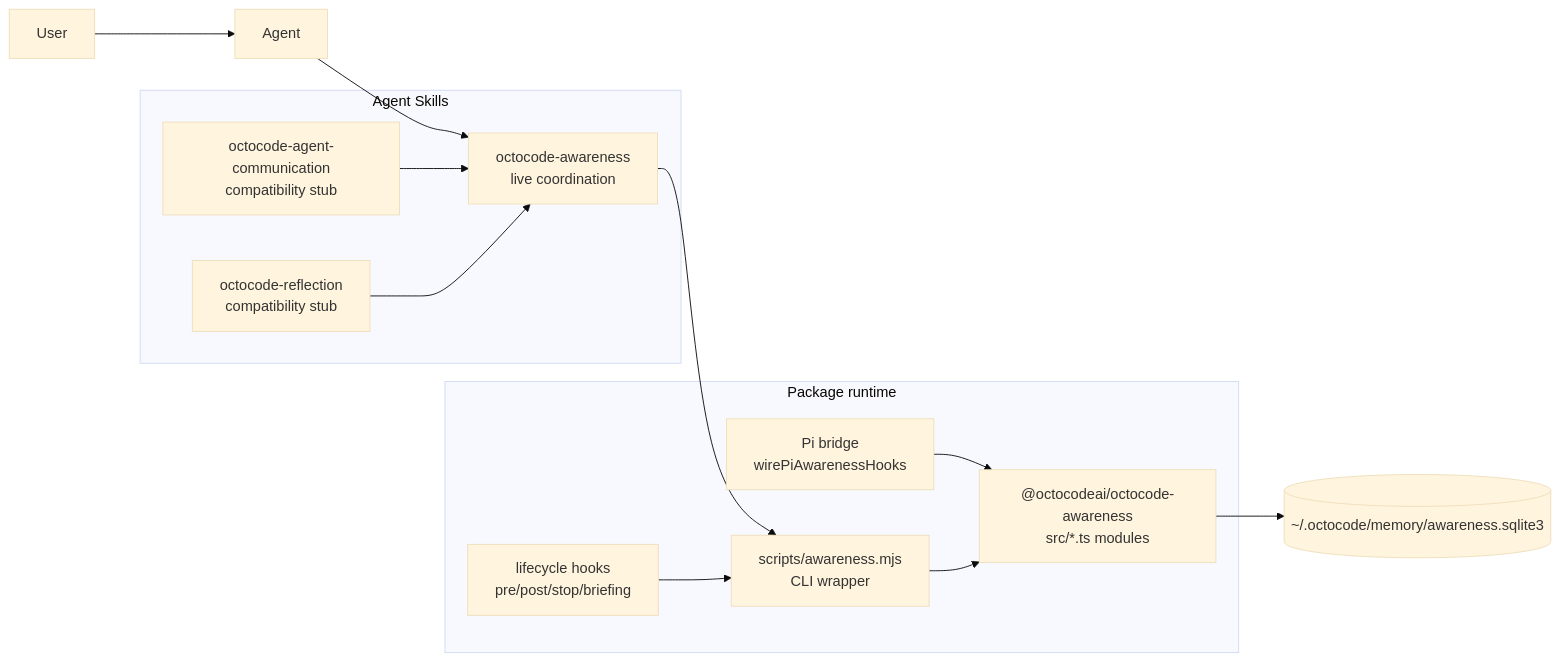
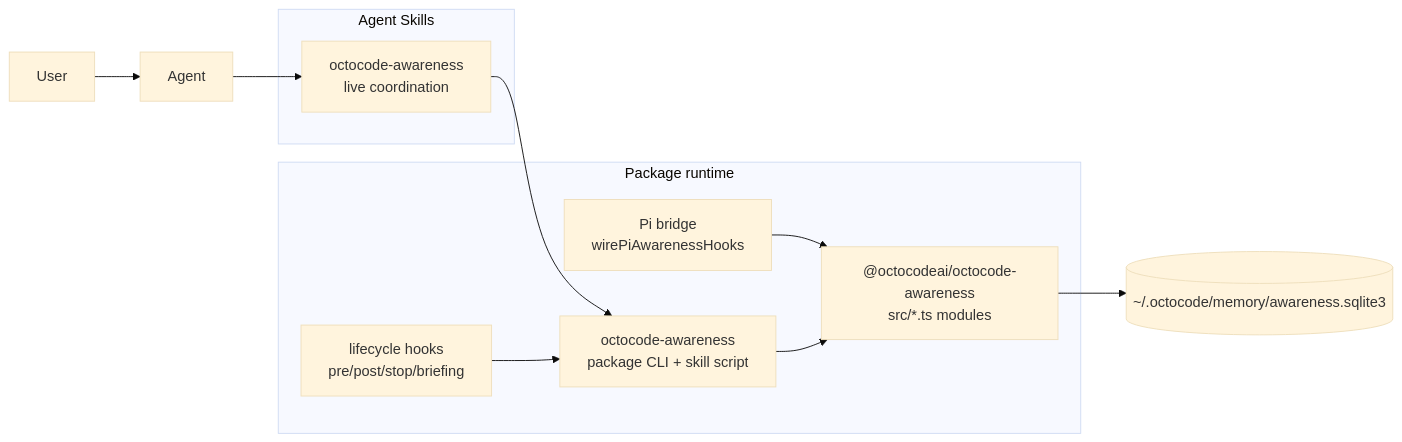
One commit to bgauryy/octocode changed the first of 7 diagrams in packages/octocode-awareness/docs/SKILLS.md. Above: the diagram before and after it, drawn with Mermaid (base theme). The commit also changed other lines of this file and 106 other files, not shown here.

````diff
--- a/packages/octocode-awareness/docs/SKILLS.md
+++ b/packages/octocode-awareness/docs/SKILLS.md
@@ -19,30 +15,26 @@
 ```mermaid
 flowchart LR
   User["User"]
   Agent["Agent"]
 
   subgraph Skills["Agent Skills"]
     Awareness["octocode-awareness<br/>live coordination"]
-    Communication["octocode-agent-communication<br/>compatibility stub"]
-    Reflection["octocode-reflection<br/>compatibility stub"]
   end
 
   subgraph Runtime["Package runtime"]
-    CLI["scripts/awareness.mjs<br/>CLI wrapper"]
+    CLI["octocode-awareness<br/>package CLI + skill script"]
     Hooks["lifecycle hooks<br/>pre/post/stop/briefing"]
     Pi["Pi bridge<br/>wirePiAwarenessHooks"]
     Core["@octocodeai/octocode-awareness<br/>src/*.ts modules"]
   end
 
   DB[("~/.octocode/memory/awareness.sqlite3")]
 
   User --> Agent
   Agent --> Awareness
   Awareness --> CLI
-  Communication --> Awareness
-  Reflection --> Awareness
   Hooks --> CLI
   Pi --> Core
   CLI --> Core
   Core --> DB
 ```
````
